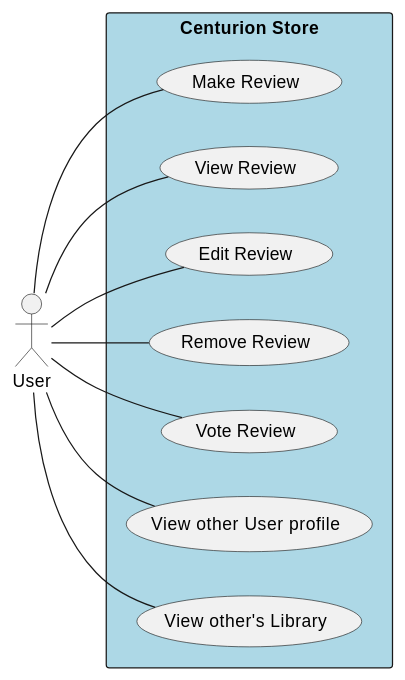
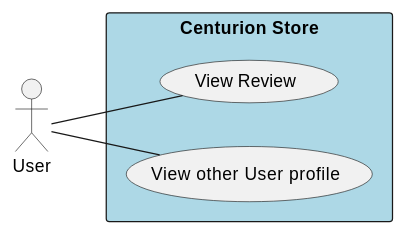
The tenth of 11 diagrams in reports/diagrams.md (PhanNTSon/prm_project), drawn with PlantUML before and after one commit. The commit also changed other lines of this file and 4 other files, not shown here.

Commit message:
[Add][Modify] add new readme file to clearify functions and adjust diagrams and others informations.

````diff
--- a/reports/diagrams.md
+++ b/reports/diagrams.md
@@ -368,25 +365,15 @@
 ```plantuml
 @startuml
 left to right direction
 skinparam packageStyle rectangle
 actor User
 
 rectangle "Centurion Store" #LightBlue {
-  usecase "Make Review" as UC20
   usecase "View Review" as UC21
-  usecase "Edit Review" as UC22
-  usecase "Remove Review" as UC23
-  usecase "Vote Review" as UC24
   usecase "View other User profile" as UC27
-  usecase "View other's Library" as UC28
 }
 
-User -- UC20
 User -- UC21
-User -- UC22
-User -- UC23
-User -- UC24
 User -- UC27
-User -- UC28
 @enduml
 ```
````
